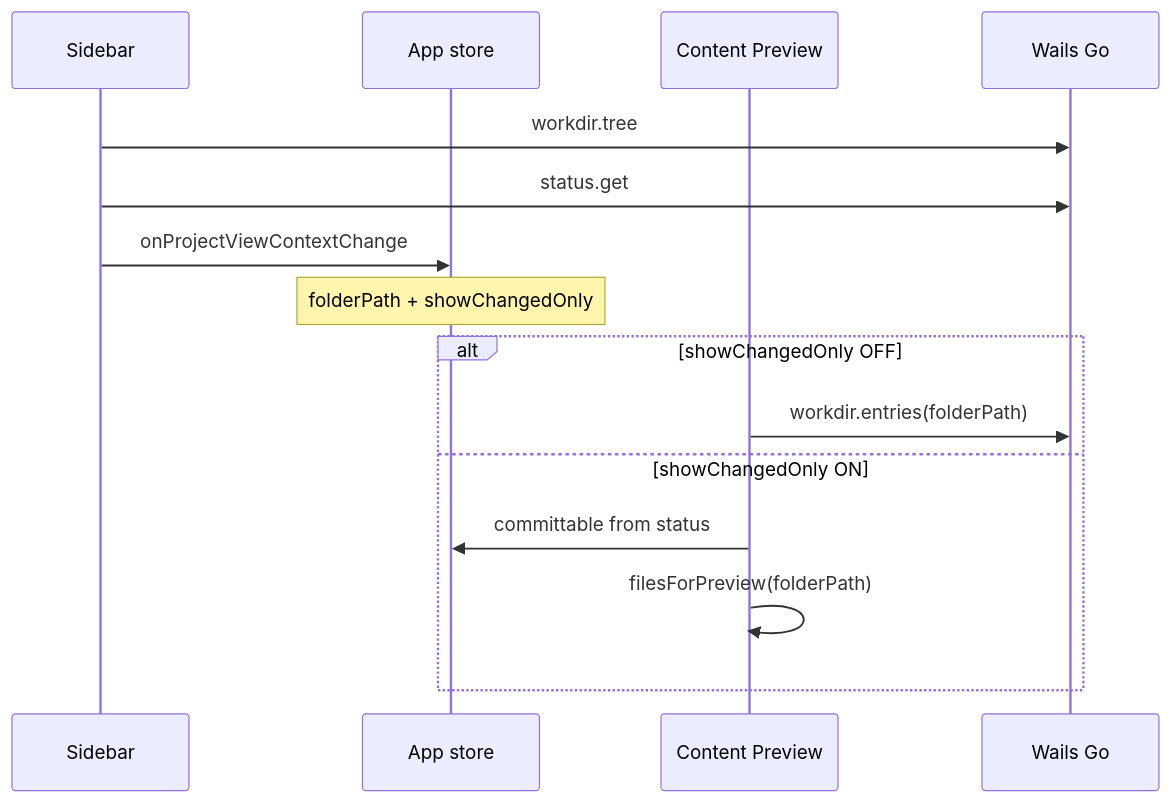
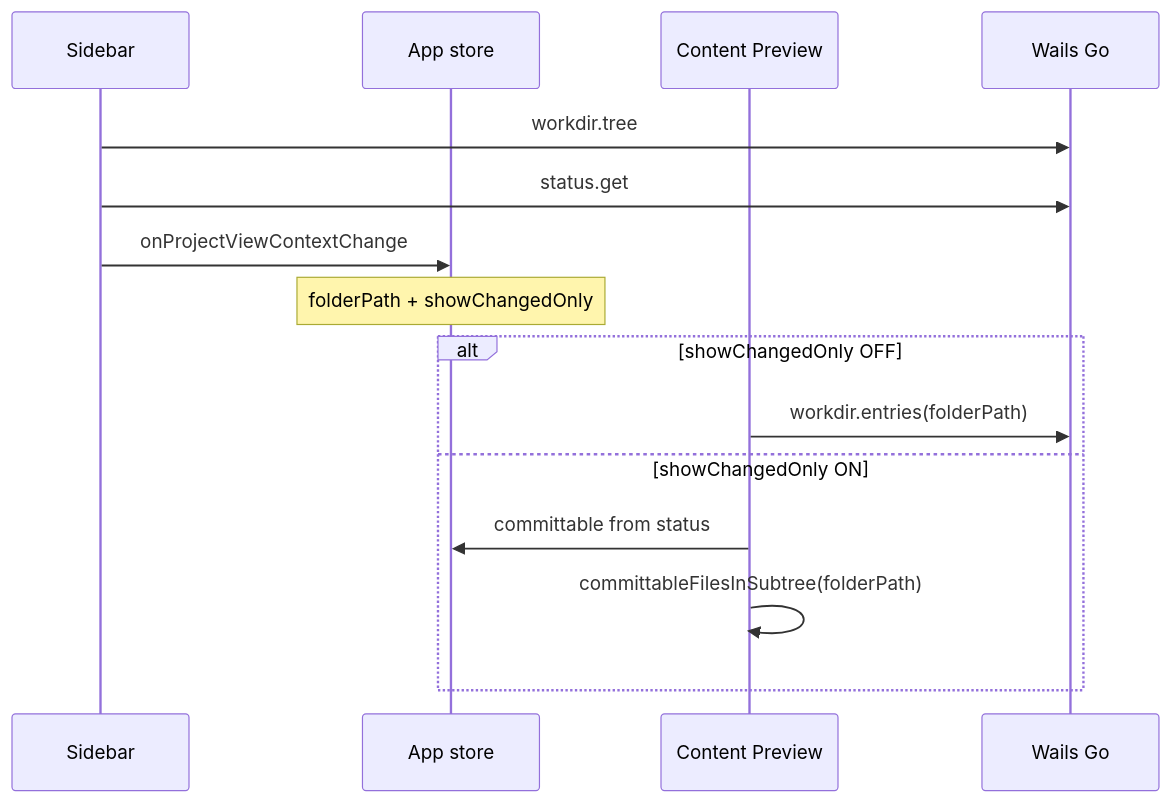
Before and after one commit to DSLitvinov/difference-machine: the diagram in .cursor/interface/sidebar-project-view.md, drawn with Mermaid. The commit also changed other lines of this file and 6 other files, not shown here.

````diff
--- a/.cursor/interface/sidebar-project-view.md
+++ b/.cursor/interface/sidebar-project-view.md
@@ -253,20 +256,20 @@
 ```mermaid
 sequenceDiagram
   participant SB as Sidebar
   participant App as App store
   participant PV as Content Preview
   participant W as Wails Go
 
   SB->>W: workdir.tree
   SB->>W: status.get
 
   SB->>App: onProjectViewContextChange
   Note over App: folderPath + showChangedOnly
 
   alt showChangedOnly OFF
     PV->>W: workdir.entries(folderPath)
   else showChangedOnly ON
     PV->>App: committable from status
-    PV->>PV: filesForPreview(folderPath)
+    PV->>PV: committableFilesInSubtree(folderPath)
   end
 ```
````
